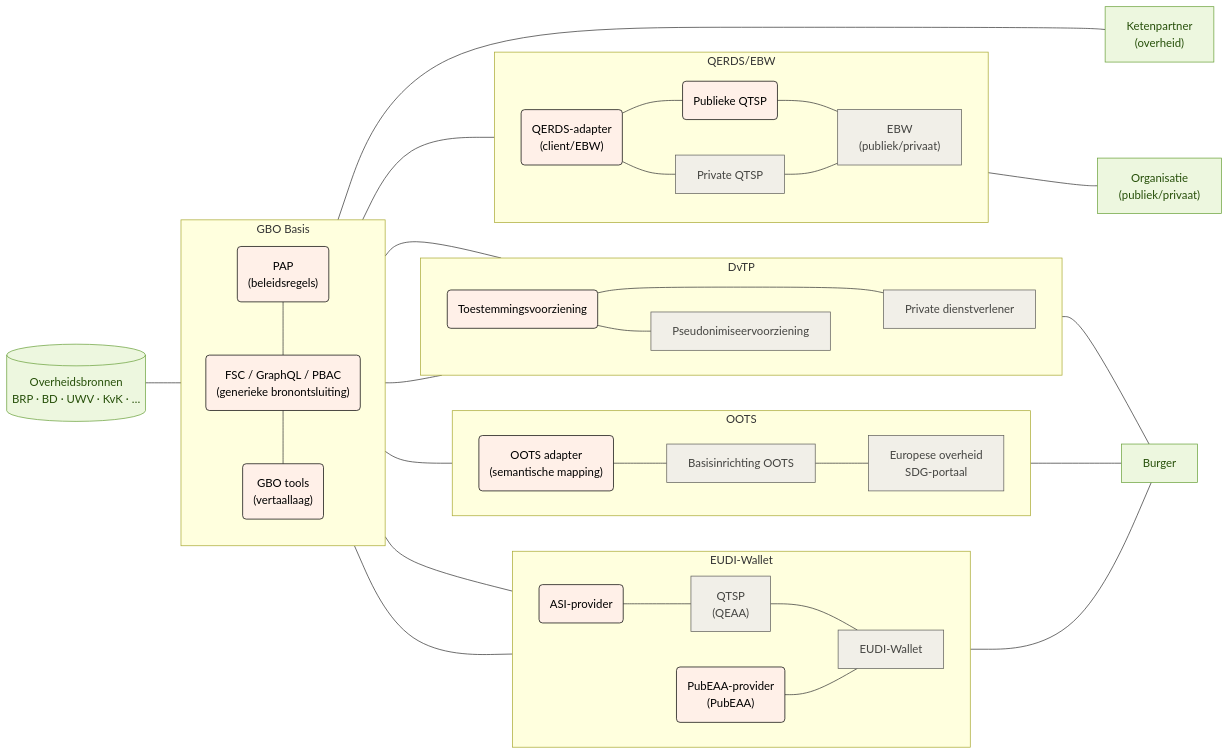
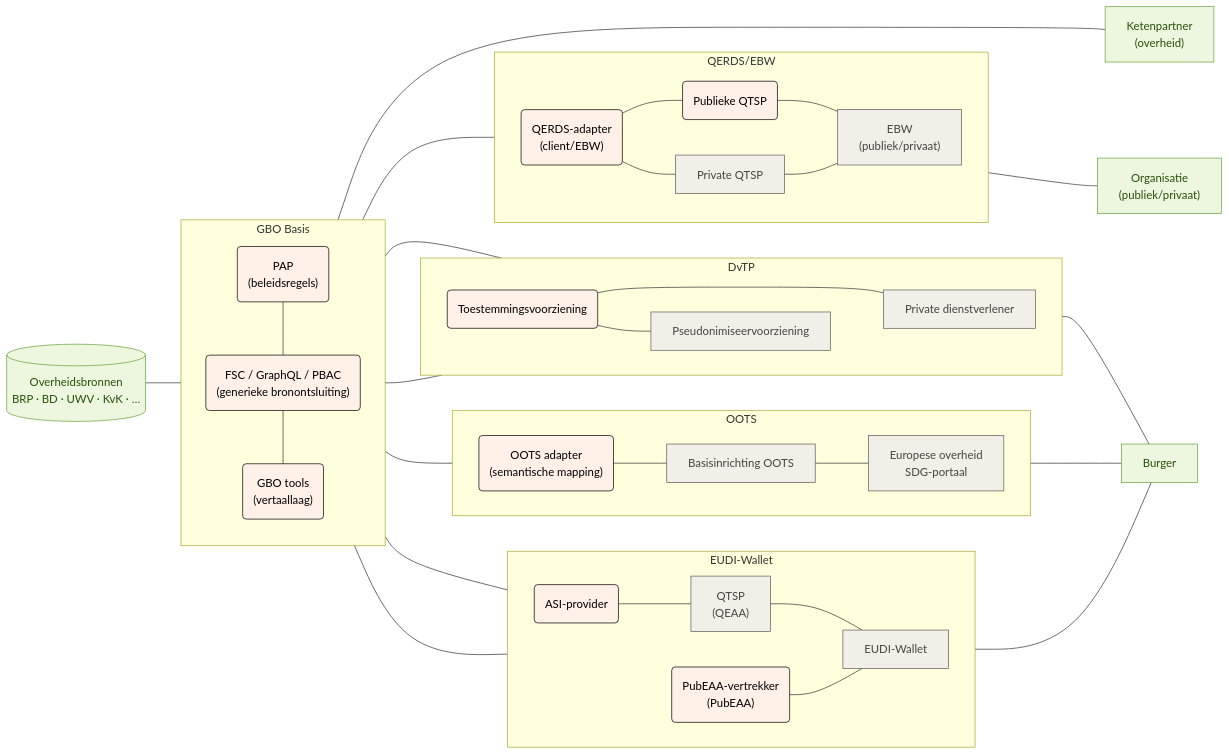
Before and after one commit to ICTU/GBO-PSA: the diagram in docs/diagrammen/gbo_swimlanes_qerds_g2g.mmd, drawn with Mermaid. The commit also changed 18 other files, not shown here.

```diff
--- a/docs/diagrammen/gbo_swimlanes_qerds_g2g.mmd
+++ b/docs/diagrammen/gbo_swimlanes_qerds_g2g.mmd
@@ -1,87 +1,87 @@
 flowchart LR
   subgraph gbo["GBO Basis"]
     direction TB
         fsc_pap("PAP<br/>(beleidsregels)")
         fsc("FSC / GraphQL / PBAC<br/>(generieke bronontsluiting)")
         fsc_tools("GBO tools<br/>(vertaallaag)")
   end
   subgraph eudi["EUDI-Wallet"]
     direction LR
         eudi_asi("ASI-provider")
-        eudi_pubeaa("PubEAA-provider<br/>(PubEAA)")
+        eudi_pubeaa("PubEAA-vertrekker<br/>(PubEAA)")
         eudi_qeaa["QTSP<br/>(QEAA)"]
         eudi_wallet["EUDI-Wallet"]
   end
   subgraph oots["OOTS"]
     direction LR
         oots_adapter("OOTS adapter<br/>(semantische mapping)")
         oots_basis["Basisinrichting OOTS"]
         oots_afnemer["Europese overheid<br/>SDG-portaal"]
   end
   subgraph dvtp["DvTP"]
     direction LR
         dvtp_toestemming("Toestemmingsvoorziening")
         dvtp_pseudoniem["Pseudonimiseervoorziening"]
         dvtp_afnemer["Private dienstverlener"]
   end
   subgraph ebw["QERDS/EBW"]
      direction LR
         ebw_qerds_adapter("QERDS-adapter<br/>(client/EBW)")
         ebw_pub_qtsp("Publieke QTSP")
         ebw_qtsp["Private QTSP"]
         ebw_wallet["EBW<br/>(publiek/privaat)"]
   end
 
   fsc_pap --- fsc
   fsc --- fsc_tools
   bron[("Overheidsbronnen<br/>BRP · BD · UWV · KvK · …")] --- gbo
   eudi_asi --- eudi_qeaa
   eudi_qeaa --- eudi_wallet
   gbo --- eudi_asi & eudi_pubeaa & oots_adapter & dvtp_afnemer & ebw_qerds_adapter
   eudi_pubeaa --- eudi_wallet
   oots_adapter --- oots_basis
   oots_basis --- oots_afnemer
   gbo --- dvtp_toestemming
   dvtp_toestemming --- dvtp_afnemer
   dvtp_toestemming --- dvtp_pseudoniem
   dvtp_pseudoniem ~~~ dvtp_afnemer
   ebw_qerds_adapter --- ebw_pub_qtsp --- ebw_wallet
   ebw_qerds_adapter --- ebw_qtsp --- ebw_wallet
   eudi_wallet --- burger["Burger"]
   oots_afnemer --- burger
   dvtp_afnemer --- burger
   ebw_wallet --- organisatie["Organisatie<br/>(publiek/privaat)"]
   ebw_wallet ~~~ overheid["Ketenpartner<br/>(overheid)"]
   gbo  --- overheid["Ketenpartner<br/>(overheid)"]
 
   fsc_pap:::gbo
   fsc:::gbo
   fsc_tools:::gbo
   ebw_qerds_adapter:::gbo
   ebw_pub_qtsp:::gbo
   ebw_qtsp:::eudi
   ebw_wallet:::eudi
   eudi_asi:::gbo
   eudi_pubeaa:::gbo
   eudi_qeaa:::eudi
   eudi_wallet:::eudi
   oots_adapter:::gbo
   oots_basis:::oots
   oots_afnemer:::oots
   dvtp_toestemming:::gbo
   dvtp_pseudoniem:::dvtp
   dvtp_afnemer:::dvtp
   bron:::bron
   burger:::afnemer
   organisatie:::afnemer
   overheid:::afnemer
 
   classDef bron fill:#edf7df,stroke:#6aa13a,color:#27500a
   classDef generiek fill:#f1efe8,stroke:#5f5e5a,color:#444441
   classDef eudi fill:#f1efe8,stroke:#5f5e5a,color:#444441
   classDef oots fill:#f1efe8,stroke:#5f5e5a,color:#444441
   classDef dvtp fill:#f1efe8,stroke:#5f5e5a,color:#444441
   classDef overheid fill:#f1efe8,stroke:#5f5e5a,color:#444441
   classDef gbo fill:#fff0e8,stroke:#000000,color:#000000
   classDef gbo_opt fill:#FFF9F5,stroke:#9C9C9C,color:#9C9C9C
   classDef afnemer fill:#edf7df,stroke:#6aa13a,color:#27500a
```
